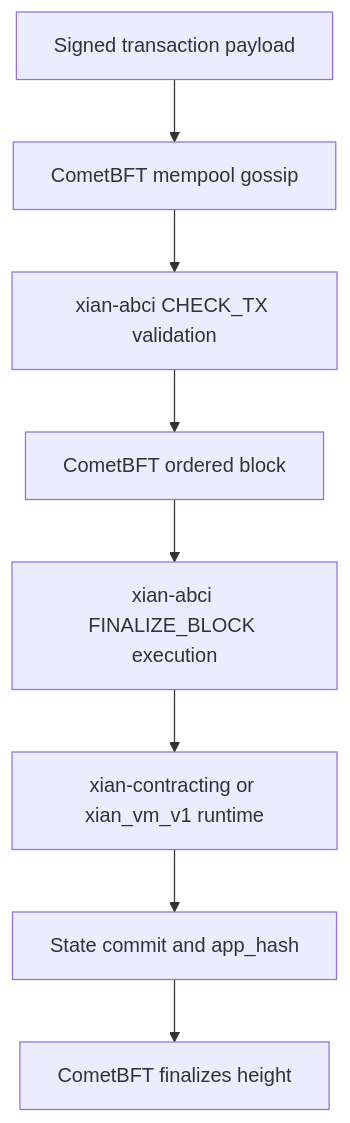
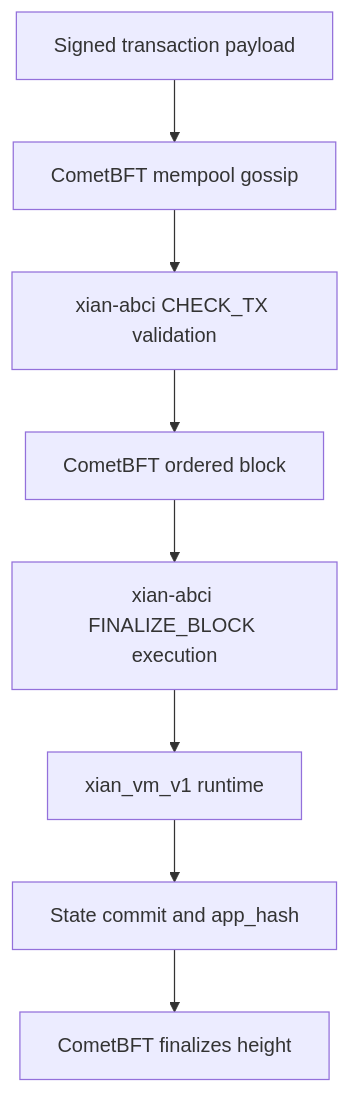
The diagram in concepts/abci.md (xian-technology/xian-docs-web), drawn with Mermaid before and after one commit. The commit also changed other lines of this file and 38 other files, not shown here.

````diff
--- a/concepts/abci.md
+++ b/concepts/abci.md
@@ -50,19 +49,19 @@
 ```mermaid
 flowchart TD
   Payload["Signed transaction payload"]
   Gossip["CometBFT mempool gossip"]
   Check["xian-abci CHECK_TX validation"]
   Block["CometBFT ordered block"]
   Execute["xian-abci FINALIZE_BLOCK execution"]
-  Runtime["xian-contracting or xian_vm_v1 runtime"]
+  Runtime["xian_vm_v1 runtime"]
   Commit["State commit and app_hash"]
   Finality["CometBFT finalizes height"]
 
   Payload --> Gossip
   Gossip --> Check
   Check --> Block
   Block --> Execute
   Execute --> Runtime
   Runtime --> Commit
   Commit --> Finality
 ```
````
